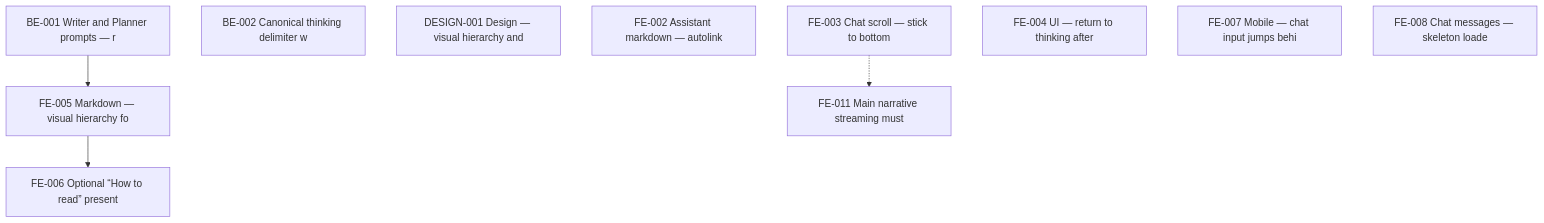
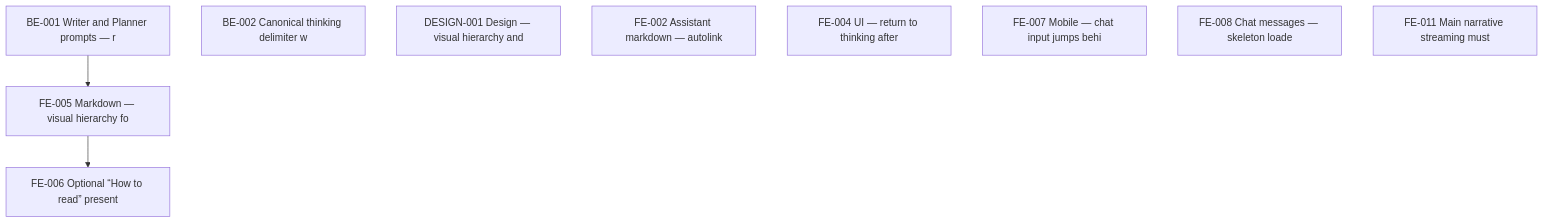
One commit to admariner/data-ai-chatbot changed the diagram in TODO/README.md. Above: the diagram before and after it, drawn with Mermaid. The commit also changed other lines of this file and 1 other file, not shown here.

````diff
--- a/TODO/README.md
+++ b/TODO/README.md
@@ -36,17 +36,15 @@
 ```mermaid
 flowchart TB
   BE001["BE-001 Writer and Planner prompts — r"]
   BE002["BE-002 Canonical thinking delimiter w"]
   DESIGN001["DESIGN-001 Design — visual hierarchy and "]
   FE002["FE-002 Assistant markdown — autolink "]
-  FE003["FE-003 Chat scroll — stick to bottom "]
   FE004["FE-004 UI — return to thinking after "]
   FE005["FE-005 Markdown — visual hierarchy fo"]
   FE006["FE-006 Optional “How to read” present"]
   FE007["FE-007 Mobile — chat input jumps behi"]
   FE008["FE-008 Chat messages — skeleton loade"]
   FE011["FE-011 Main narrative streaming must "]
   BE001 --> FE005
   FE005 --> FE006
-  FE003 -.-> FE011
 ```
````
